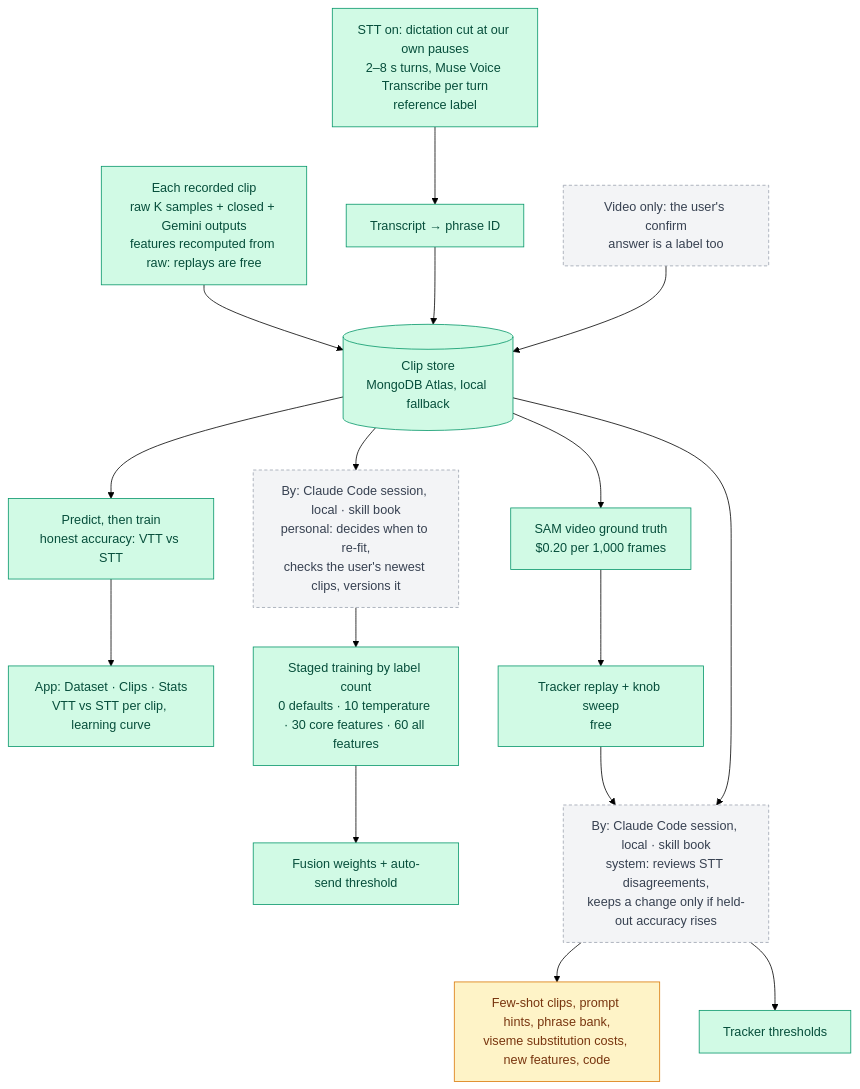
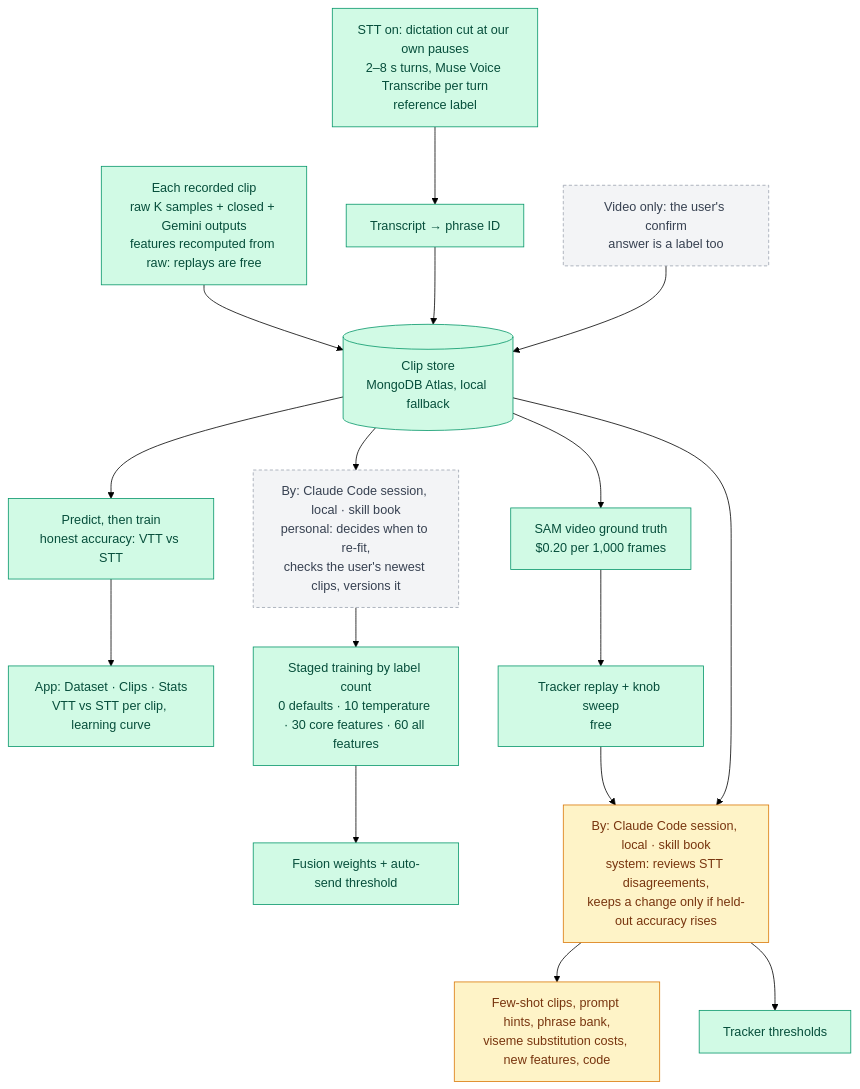
One commit to Darijan-Ducic/badge-machine changed the second of 7 diagrams in docs/pipeline.md. Above: the diagram before and after it, drawn with Mermaid (forest theme). The commit also changed other lines of this file and 2 other files, not shown here.

First line of the commit message:
docs: the session that iterates is building, not built; approval moves live

````diff
--- a/docs/pipeline.md
+++ b/docs/pipeline.md
@@ -46,36 +46,37 @@
 ```mermaid
 flowchart TD
   CLIP["Each recorded clip<br/>raw K samples + closed + Gemini outputs<br/>features recomputed from raw: replays are free"]
   STT["STT on: dictation cut at our own pauses<br/>2–8 s turns, Muse Voice Transcribe per turn<br/>reference label"]
   CONF["Video only: the user's confirm<br/>answer is a label too"]
   MATCH["Transcript → phrase ID"]
   STORE[("Clip store<br/>MongoDB Atlas, local fallback")]
 
   PREQ["Predict, then train<br/>honest accuracy: VTT vs STT"]
   UI["App: Dataset · Clips · Stats<br/>VTT vs STT per clip, learning curve"]
   STAGES["Staged training by label count<br/>0 defaults · 10 temperature · 30 core features · 60 all features"]
   FUSE["Fusion weights + auto-send threshold"]
 
   GT["SAM video ground truth<br/>$0.20 per 1,000 frames"]
   REPLAY["Tracker replay + knob sweep<br/>free"]
   KNOBS["Tracker thresholds"]
 
   PAGENT["By: Claude Code session, local · skill book<br/>personal: decides when to re-fit,<br/>checks the user's newest clips, versions it"]
   AGENT["By: Claude Code session, local · skill book<br/>system: reviews STT disagreements,<br/>keeps a change only if held-out accuracy rises"]
   PROMPTS["Few-shot clips, prompt hints, phrase bank,<br/>viseme substitution costs, new features, code"]
 
   CLIP --> STORE
   STT --> MATCH --> STORE
   CONF --> STORE
   STORE --> PREQ --> UI
   STORE --> PAGENT --> STAGES --> FUSE
   STORE --> GT --> REPLAY --> AGENT
   STORE --> AGENT --> PROMPTS & KNOBS
 
   classDef built fill:#d1fae5,stroke:#059669,color:#064e3b
   classDef building fill:#fef3c7,stroke:#d97706,color:#78350f
   classDef planned fill:#f3f4f6,stroke:#9ca3af,color:#374151,stroke-dasharray:4 3
   class STT,MATCH,GT,STORE,UI,REPLAY,KNOBS,CLIP,STAGES,PREQ,FUSE built
   class PROMPTS building
-  class CONF,PAGENT,AGENT planned
+  class AGENT building
+  class CONF,PAGENT planned
 ```
````
